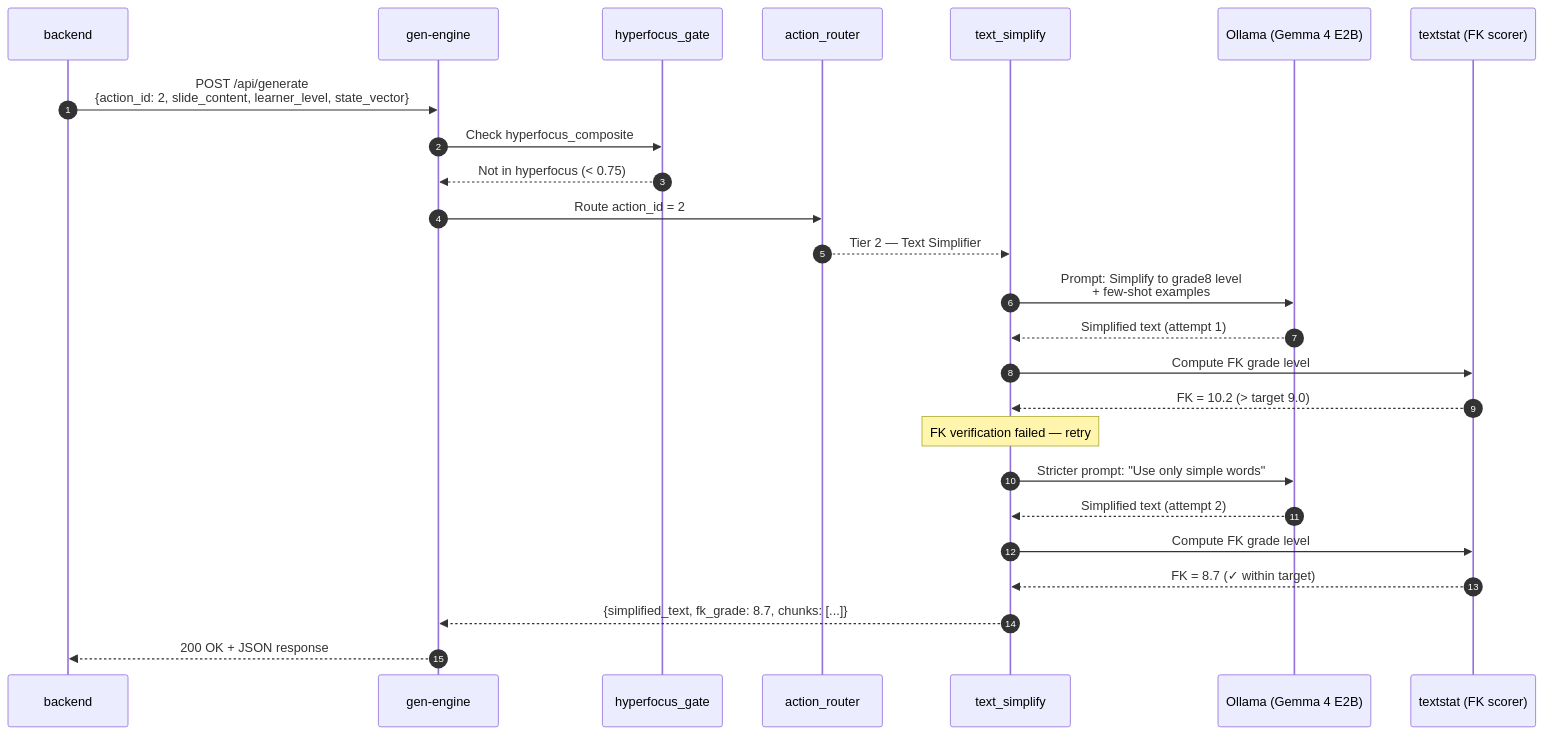
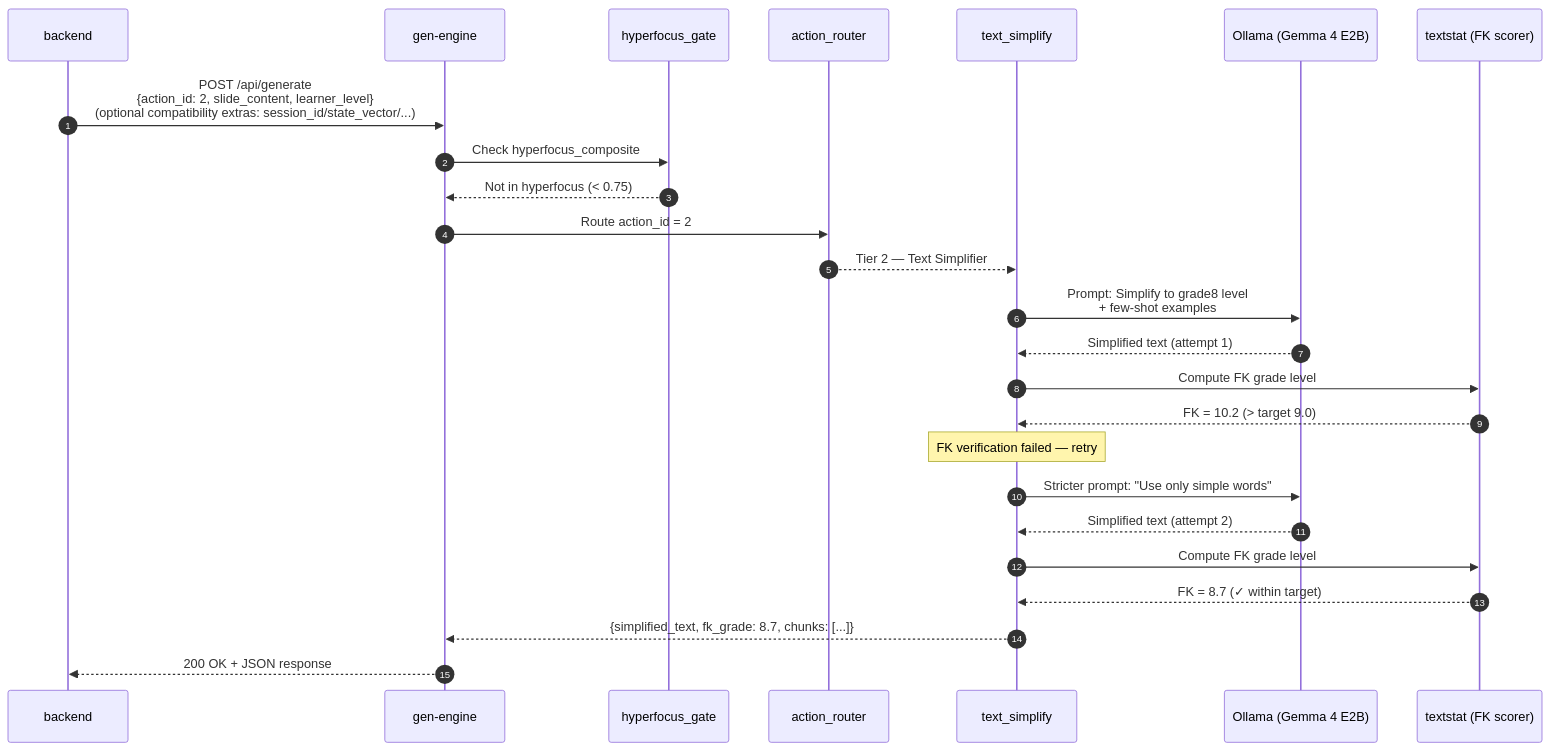
One commit to varunaditya27/NeuroAdapt changed the fourth of 11 diagrams in gen-engine/docs/architecture.md. Above: the diagram before and after it, drawn with Mermaid. The commit also changed 16 other files, not shown here.

````diff
--- a/gen-engine/docs/architecture.md
+++ b/gen-engine/docs/architecture.md
@@ -182,32 +182,32 @@
 ```mermaid
 sequenceDiagram
     autonumber
     participant BE as backend
     participant GE as gen-engine
     participant HG as hyperfocus_gate
     participant RT as action_router
     participant TS as text_simplify
     participant OL as Ollama (Gemma 4 E2B)
     participant FK as textstat (FK scorer)
 
-    BE->>GE: POST /api/generate<br/>{action_id: 2, slide_content, learner_level, state_vector}
+    BE->>GE: POST /api/generate<br/>{action_id: 2, slide_content, learner_level}<br/>(optional compatibility extras: session_id/state_vector/...)
     GE->>HG: Check hyperfocus_composite
     HG-->>GE: Not in hyperfocus (< 0.75)
     GE->>RT: Route action_id = 2
     RT-->>TS: Tier 2 — Text Simplifier
     
     TS->>OL: Prompt: Simplify to grade8 level<br/>+ few-shot examples
     OL-->>TS: Simplified text (attempt 1)
     TS->>FK: Compute FK grade level
     FK-->>TS: FK = 10.2 (> target 9.0)
     
     Note over TS: FK verification failed — retry
     
     TS->>OL: Stricter prompt: "Use only simple words"
     OL-->>TS: Simplified text (attempt 2)
     TS->>FK: Compute FK grade level
     FK-->>TS: FK = 8.7 (✓ within target)
     
     TS-->>GE: {simplified_text, fk_grade: 8.7, chunks: [...]}
     GE-->>BE: 200 OK + JSON response
 ```
````
